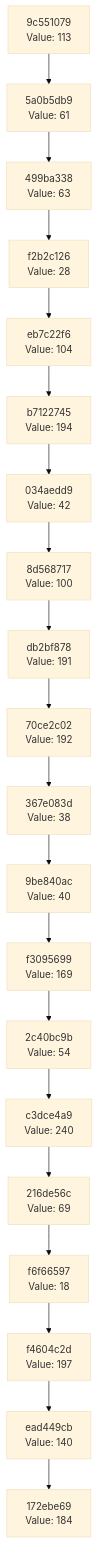
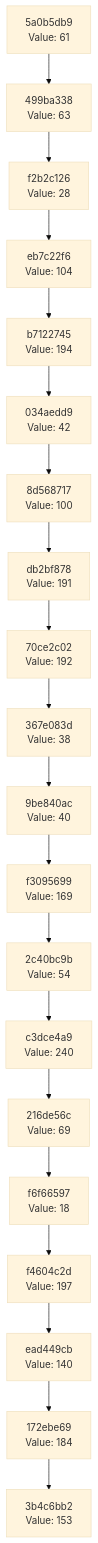
Before and after one commit to Abhisheksinha1506/hash-chain-evolver: the diagram in docs/CHAIN_VISUALIZATION.md, drawn with Mermaid (base theme). The commit also changed 2 other files, not shown here.

Commit message:
Evolution step: hash 0x99 → action executed

````diff
--- a/docs/CHAIN_VISUALIZATION.md
+++ b/docs/CHAIN_VISUALIZATION.md
@@ -3,42 +3,42 @@
 ```mermaid
 graph TD
-    C0["172ebe69<br/>Value: 184"]
-    C1["ead449cb<br/>Value: 140"]
+    C0["3b4c6bb2<br/>Value: 153"]
+    C1["172ebe69<br/>Value: 184"]
     C1 --> C0
-    C2["f4604c2d<br/>Value: 197"]
+    C2["ead449cb<br/>Value: 140"]
     C2 --> C1
-    C3["f6f66597<br/>Value: 18"]
+    C3["f4604c2d<br/>Value: 197"]
     C3 --> C2
-    C4["216de56c<br/>Value: 69"]
+    C4["f6f66597<br/>Value: 18"]
     C4 --> C3
-    C5["c3dce4a9<br/>Value: 240"]
+    C5["216de56c<br/>Value: 69"]
     C5 --> C4
-    C6["2c40bc9b<br/>Value: 54"]
+    C6["c3dce4a9<br/>Value: 240"]
     C6 --> C5
-    C7["f3095699<br/>Value: 169"]
+    C7["2c40bc9b<br/>Value: 54"]
     C7 --> C6
-    C8["9be840ac<br/>Value: 40"]
+    C8["f3095699<br/>Value: 169"]
     C8 --> C7
-    C9["367e083d<br/>Value: 38"]
+    C9["9be840ac<br/>Value: 40"]
     C9 --> C8
-    C10["70ce2c02<br/>Value: 192"]
+    C10["367e083d<br/>Value: 38"]
     C10 --> C9
-    C11["db2bf878<br/>Value: 191"]
+    C11["70ce2c02<br/>Value: 192"]
     C11 --> C10
-    C12["8d568717<br/>Value: 100"]
+    C12["db2bf878<br/>Value: 191"]
     C12 --> C11
-    C13["034aedd9<br/>Value: 42"]
+    C13["8d568717<br/>Value: 100"]
     C13 --> C12
-    C14["b7122745<br/>Value: 194"]
+    C14["034aedd9<br/>Value: 42"]
     C14 --> C13
-    C15["eb7c22f6<br/>Value: 104"]
+    C15["b7122745<br/>Value: 194"]
     C15 --> C14
-    C16["f2b2c126<br/>Value: 28"]
+    C16["eb7c22f6<br/>Value: 104"]
     C16 --> C15
-    C17["499ba338<br/>Value: 63"]
+    C17["f2b2c126<br/>Value: 28"]
     C17 --> C16
-    C18["5a0b5db9<br/>Value: 61"]
+    C18["499ba338<br/>Value: 63"]
     C18 --> C17
-    C19["9c551079<br/>Value: 113"]
+    C19["5a0b5db9<br/>Value: 61"]
     C19 --> C18
 ```
````
